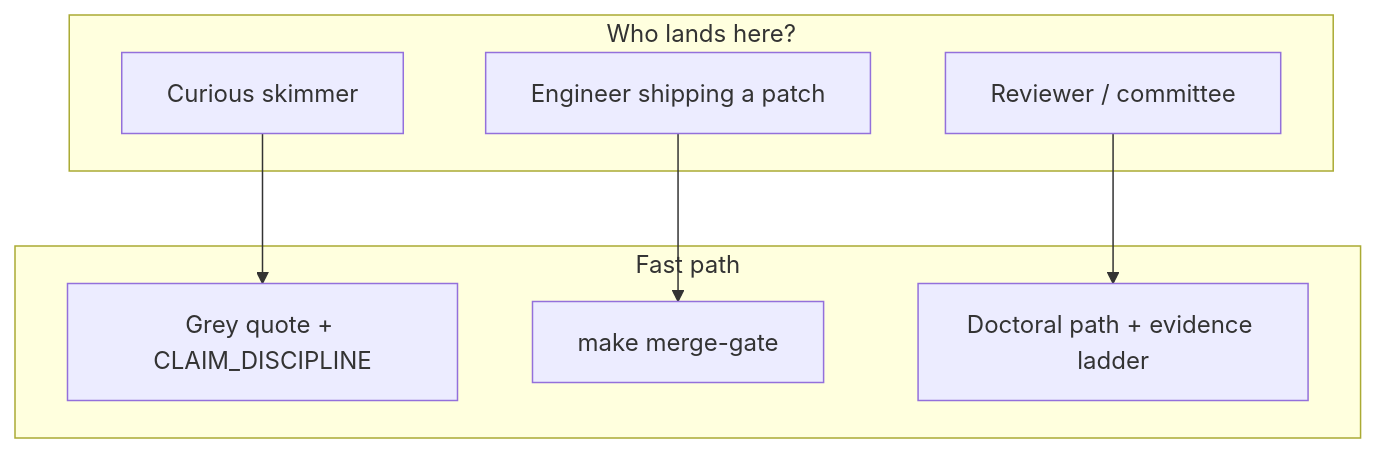
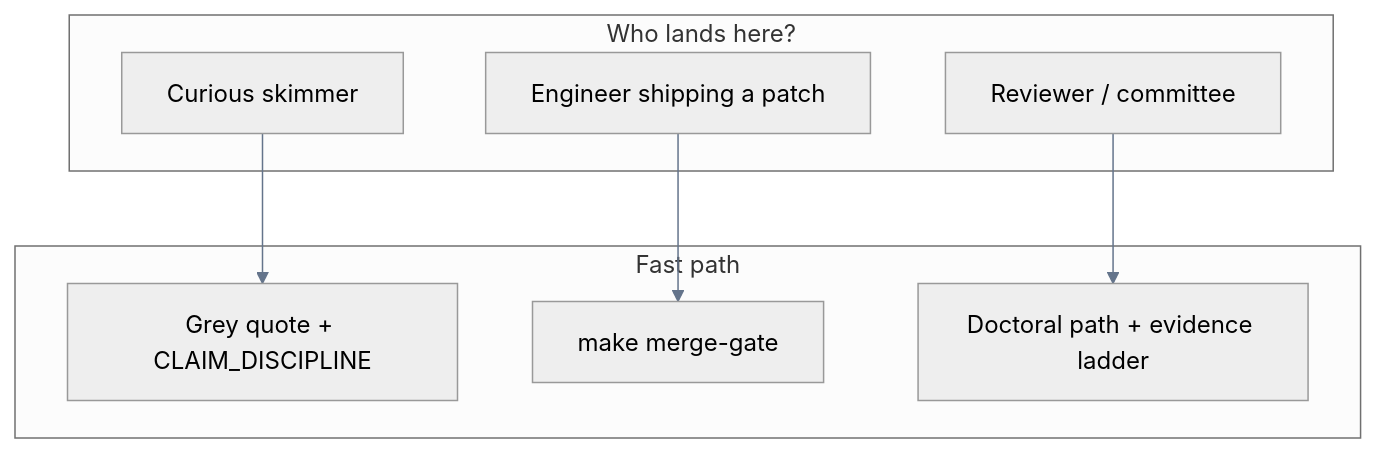
The first of 6 diagrams in README.md (spektre-labs/creation-os), drawn with Mermaid before and after one commit. The commit also changed other lines of this file and 3 other files, not shown here.

First line of the commit message:
docs: README visual polish, FIG 09 dark mode, banner telemetry fix

````diff
--- a/README.md
+++ b/README.md
@@ -51,13 +52,14 @@
 ```mermaid
+%%{init: {'theme':'neutral', 'themeVariables': {'primaryColor':'#e2e8f0','primaryTextColor':'#0f172a','lineColor':'#64748b','secondaryColor':'#f8fafc','tertiaryColor':'#fff'}}}%%
 flowchart TB
   subgraph who["Who lands here?"]
     A["Curious skimmer"]
     B["Engineer shipping a patch"]
     C["Reviewer / committee"]
   end
   subgraph path["Fast path"]
     A --> A1["Grey quote + CLAIM_DISCIPLINE"]
     B --> B1["make merge-gate"]
     C --> C1["Doctoral path + evidence ladder"]
   end
 ```
````
